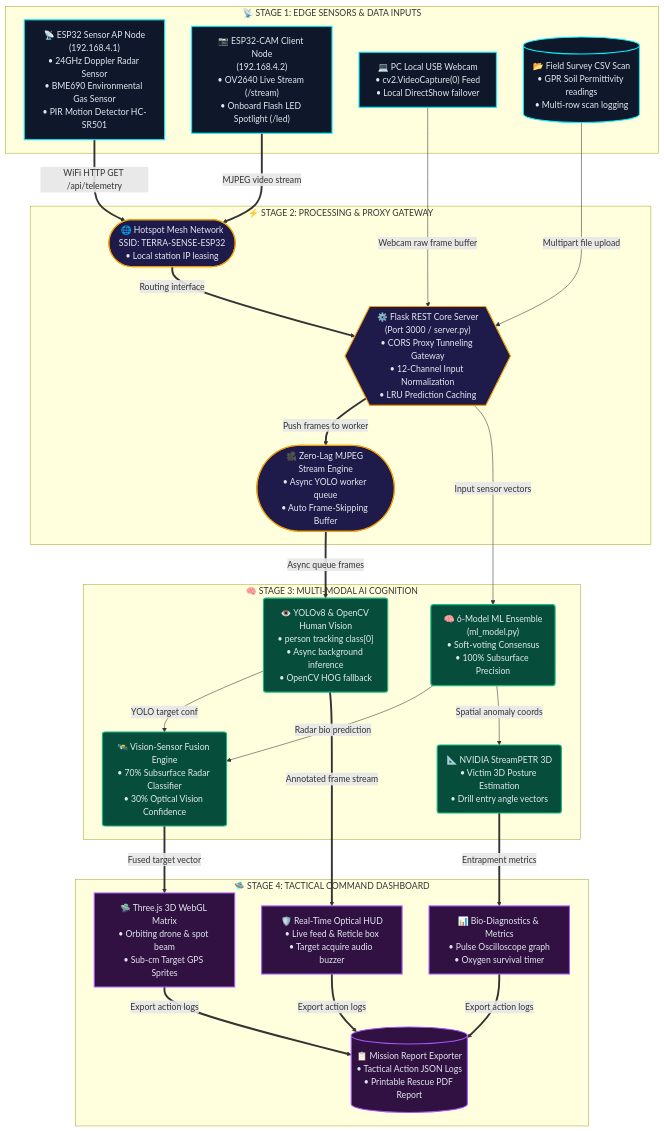
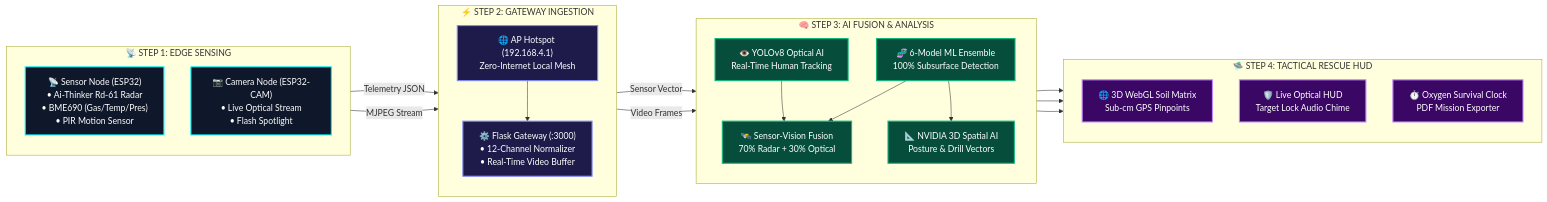
Before and after one commit to Mohilc/intershipproject: the diagram in README.md, drawn with Mermaid. The commit also changed other lines of this file and 1 other file, not shown here.

Commit message:
docs: update README with Ai-Thinker Rd-61 Radar and improve workflow clarity

````diff
--- a/README.md
+++ b/README.md
@@ -70,52 +70,48 @@
 ```mermaid
-flowchart TD
-    %% Custom Styles Definition
-    classDef stage1 fill:#0f172a,stroke:#00f2fe,stroke-width:2px,color:#e2e8f0;
-    classDef stage2 fill:#1e1b4b,stroke:#f59e0b,stroke-width:2px,color:#e2e8f0;
-    classDef stage3 fill:#064e3b,stroke:#10b981,stroke-width:2px,color:#e2e8f0;
-    classDef stage4 fill:#311042,stroke:#a855f7,stroke-width:2px,color:#e2e8f0;
+flowchart LR
+    %% Custom Styling
+    classDef input fill:#0f172a,stroke:#00f2fe,stroke-width:2px,color:#fff;
+    classDef process fill:#1e1b4b,stroke:#818cf8,stroke-width:2px,color:#fff;
+    classDef ai fill:#064e3b,stroke:#10b981,stroke-width:2px,color:#fff;
+    classDef output fill:#3b0764,stroke:#c084fc,stroke-width:2px,color:#fff;
 
-    subgraph SG1 ["📡 STAGE 1: EDGE SENSORS & DATA INPUTS"]
-        A1["📡 ESP32 Sensor AP Node<br>(192.168.4.1)<br>• 24GHz Doppler Radar Sensor<br>• BME690 Environmental Gas Sensor<br>• PIR Motion Detector HC-SR501"]:::stage1
-        A2["📷 ESP32-CAM Client Node<br>(192.168.4.2)<br>• OV2640 Live Stream (/stream)<br>• Onboard Flash LED Spotlight (/led)"]:::stage1
-        A3["💻 PC Local USB Webcam<br>• cv2.VideoCapture(0) Feed<br>• Local DirectShow failover"]:::stage1
-        A4[("📂 Field Survey CSV Scan<br>• GPR Soil Permittivity readings<br>• Multi-row scan logging")]:::stage1
+    subgraph P1 ["📡 STEP 1: EDGE SENSING"]
+        direction TB
+        S1["📡 Sensor Node (ESP32)<br>• Ai-Thinker Rd-61 Radar<br>• BME690 (Gas/Temp/Pres)<br>• PIR Motion Sensor"]:::input
+        S2["📷 Camera Node (ESP32-CAM)<br>• Live Optical Stream<br>• Flash Spotlight"]:::input
     end
 
-    subgraph SG2 ["⚡ STAGE 2: PROCESSING & PROXY GATEWAY"]
-        B1(["🌐 Hotspot Mesh Network<br>SSID: TERRA-SENSE-ESP32<br>• Local station IP leasing"]):::stage2
-        B2{{"⚙️ Flask REST Core Server<br>(Port 3000 / server.py)<br>• CORS Proxy Tunneling Gateway<br>• 12-Channel Input Normalization<br>• LRU Prediction Caching"}}:::stage2
-        B3(["🎥 Zero-Lag MJPEG Stream Engine<br>• Async YOLO worker queue<br>• Auto Frame-Skipping Buffer"]):::stage2
+    subgraph P2 ["⚡ STEP 2: GATEWAY INGESTION"]
+        direction TB
+        G1["🌐 AP Hotspot (192.168.4.1)<br>Zero-Internet Local Mesh"]:::process
+        G2["⚙️ Flask Gateway (:3000)<br>• 12-Channel Normalizer<br>• Real-Time Video Buffer"]:::process
     end
 
-    subgraph SG3 ["🧠 STAGE 3: MULTI-MODAL AI COGNITION"]
-        C1("🧠 6-Model ML Ensemble<br>(ml_model.py)<br>• Soft-voting Consensus<br>• 100% Subsurface Precision"):::stage3
-        C2("👁️ YOLOv8 & OpenCV Human Vision<br>• person tracking class[0]<br>• Async background inference<br>• OpenCV HOG fallback"):::stage3
-        C3("🛰️ Vision-Sensor Fusion Engine<br>• 70% Subsurface Radar Classifier<br>• 30% Optical Vision Confidence"):::stage3
-        C4("📐 NVIDIA StreamPETR 3D<br>• Victim 3D Posture Estimation<br>• Drill entry angle vectors"):::stage3
+    subgraph P3 ["🧠 STEP 3: AI FUSION & ANALYSIS"]
+        direction TB
+        AI1["🧬 6-Model ML Ensemble<br>100% Subsurface Detection"]:::ai
+        AI2["👁️ YOLOv8 Optical AI<br>Real-Time Human Tracking"]:::ai
+        AI3["🛰️ Sensor-Vision Fusion<br>70% Radar + 30% Optical"]:::ai
+        AI4["📐 NVIDIA 3D Spatial AI<br>Posture & Drill Vectors"]:::ai
     end
 
-    subgraph SG4 ["🛸 STAGE 4: TACTICAL COMMAND DASHBOARD"]
-        D1["🛸 Three.js 3D WebGL Matrix<br>• Orbiting drone & spot beam<br>• Sub-cm Target GPS Sprites"]:::stage4
-        D2["🛡️ Real-Time Optical HUD<br>• Live feed & Reticle box<br>• Target acquire audio buzzer"]:::stage4
-        D3["📊 Bio-Diagnostics & Metrics<br>• Pulse Oscilloscope graph<br>• Oxygen survival timer"]:::stage4
-        D4[("📋 Mission Report Exporter<br>• Tactical Action JSON Logs<br>• Printable Rescue PDF Report")]:::stage4
+    subgraph P4 ["🛸 STEP 4: TACTICAL RESCUE HUD"]
+        direction TB
+        O1["🌐 3D WebGL Soil Matrix<br>Sub-cm GPS Pinpoints"]:::output
+        O2["🛡️ Live Optical HUD<br>Target Lock Audio Chime"]:::output
+        O3["⏱️ Oxygen Survival Clock<br>PDF Mission Exporter"]:::output
     end
 
-    %% Flow Connections with Styling
-    A1 ==>|WiFi HTTP GET /api/telemetry| B1
-    A2 ==>|MJPEG video stream| B1
-    A3 -->|Webcam raw frame buffer| B2
-    A4 -->|Multipart file upload| B2
-    B1 ==>|Routing interface| B2
-    B2 ==>|Push frames to worker| B3
-    B3 ==>|Async queue frames| C2
-    B2 -->|Input sensor vectors| C1
-    C1 -->|Radar bio prediction| C3
-    C2 -->|YOLO target conf| C3
-    C1 -->|Spatial anomaly coords| C4
-    C3 ==>|Fused target vector| D1
-    C2 ==>|Annotated frame stream| D2
-    C4 ==>|Entrapment metrics| D3
-    D1 & D2 & D3 ==>|Export action logs| D4
+    %% Pipeline Connections
+    S1 -->|Telemetry JSON| G1
+    S2 -->|MJPEG Stream| G1
+    G1 --> G2
+    G2 -->|Sensor Vector| AI1
+    G2 -->|Video Frames| AI2
+    AI1 --> AI3
+    AI2 --> AI3
+    AI1 --> AI4
+    AI3 --> O1
+    AI2 --> O2
+    AI4 --> O3
 ```
````
